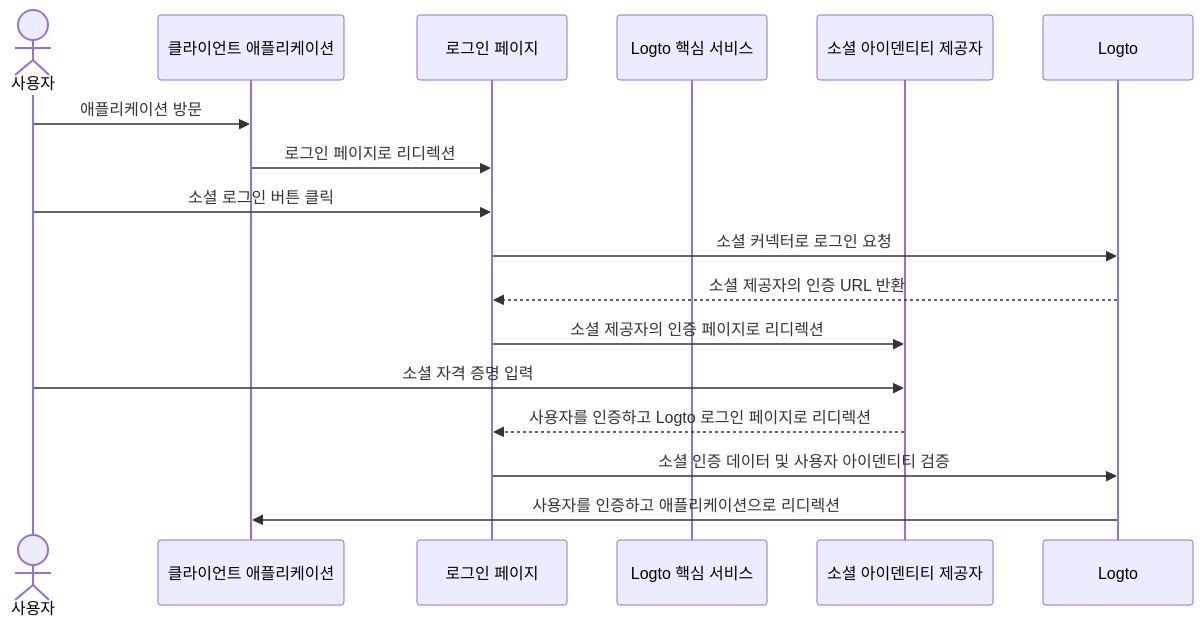
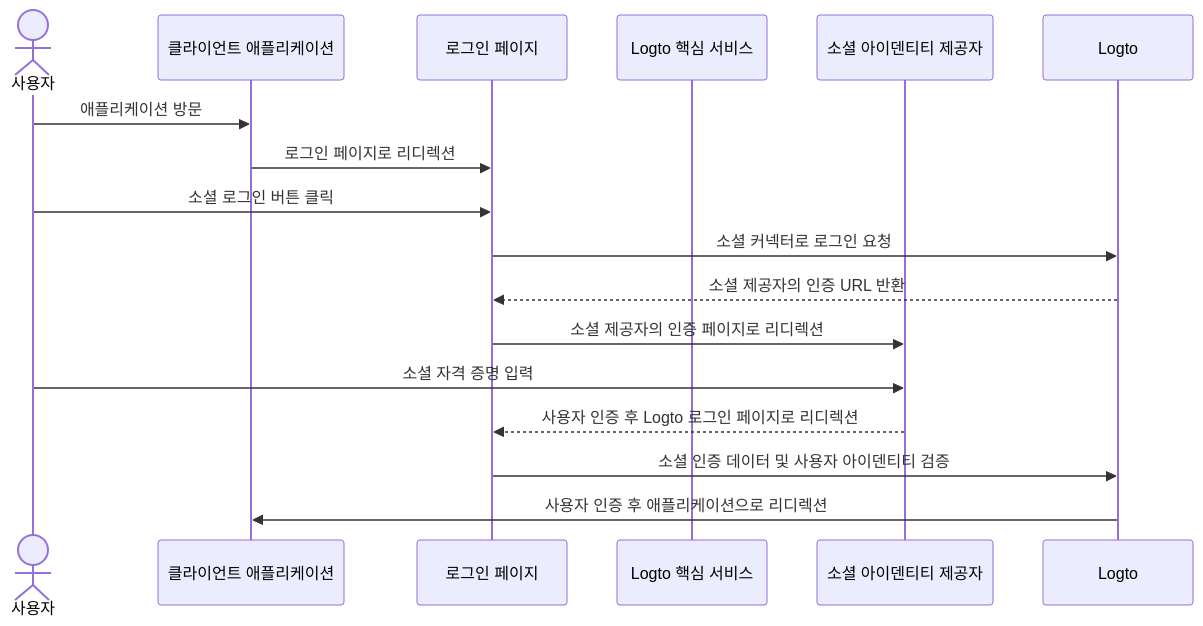
The first of 5 diagrams in i18n/ko/docusaurus-plugin-content-docs/current/end-user-flows/sign-up-and-sign-in/social-sign-in.mdx (logto-io/docs), drawn with Mermaid before and after one commit. The commit also changed other lines of this file and 2629 other files, not shown here.

````diff
--- a/i18n/ko/docusaurus-plugin-content-docs/current/end-user-flows/sign-up-and-sign-in/social-sign-in.mdx
+++ b/i18n/ko/docusaurus-plugin-content-docs/current/end-user-flows/sign-up-and-sign-in/social-sign-in.mdx
@@ -43,19 +46,19 @@
 ```mermaid
 sequenceDiagram
     actor user as 사용자
     participant app as 클라이언트 애플리케이션
     participant experience as 로그인 페이지
     participant logto as Logto 핵심 서비스
     participant social as 소셜 아이덴티티 제공자
 
     user->>app: 애플리케이션 방문
     app->>experience: 로그인 페이지로 리디렉션
     user->>experience: 소셜 로그인 버튼 클릭
     experience->>Logto: 소셜 커넥터로 로그인 요청
     Logto-->>experience: 소셜 제공자의 인증 URL 반환
     experience->>social: 소셜 제공자의 인증 페이지로 리디렉션
     user->>social: 소셜 자격 증명 입력
-    social-->>experience: 사용자를 인증하고 Logto 로그인 페이지로 리디렉션
+    social-->>experience: 사용자 인증 후 Logto 로그인 페이지로 리디렉션
     experience->>Logto: 소셜 인증 데이터 및 사용자 아이덴티티 검증
-    Logto->>app: 사용자를 인증하고 애플리케이션으로 리디렉션
+    Logto->>app: 사용자 인증 후 애플리케이션으로 리디렉션
 ```
````
